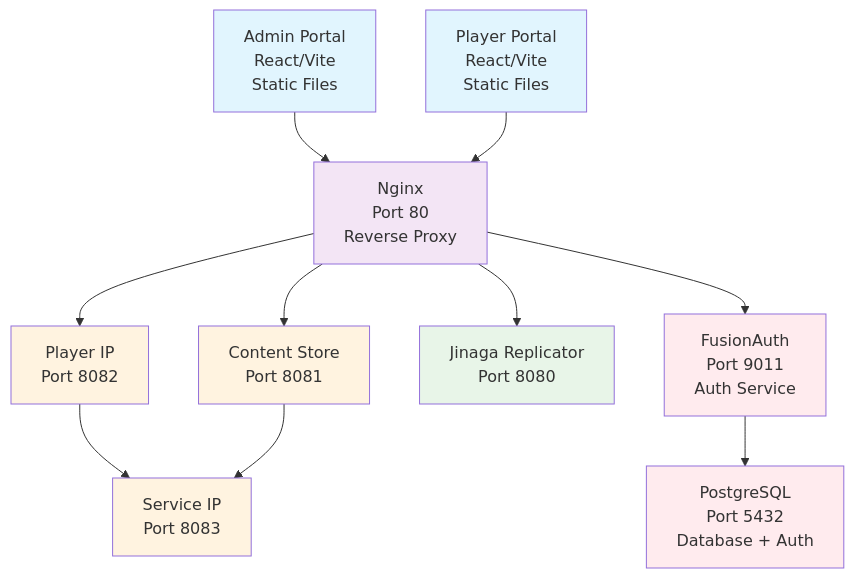
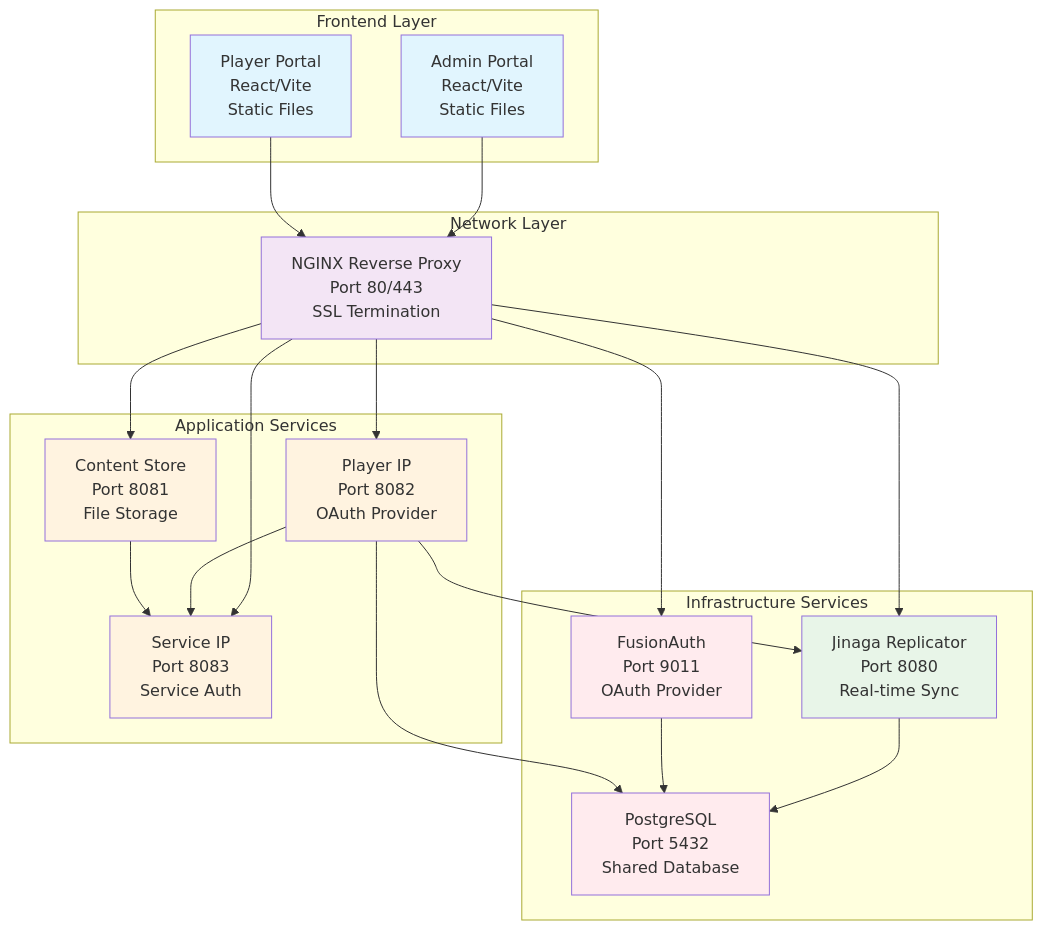
Before and after one commit to michaellperry/gamehub: the first of 2 diagrams in docs/getting-started/02-architecture-overview.md, drawn with Mermaid. The commit also changed other lines of this file and 6 other files, not shown here.

Commit message:
Document FusionAuth and replicator configuration

````diff
--- a/docs/getting-started/02-architecture-overview.md
+++ b/docs/getting-started/02-architecture-overview.md
@@ -38,26 +48,50 @@
 ```mermaid
 graph TD
-    A[Admin Portal<br/>React/Vite<br/>Static Files] --> C[Nginx<br/>Port 80<br/>Reverse Proxy]
-    B[Player Portal<br/>React/Vite<br/>Static Files] --> C
+    subgraph "Frontend Layer"
+        A[Admin Portal<br/>React/Vite<br/>Static Files]
+        B[Player Portal<br/>React/Vite<br/>Static Files]
+    end
     
-    C --> D[Player IP<br/>Port 8082]
-    C --> E[Content Store<br/>Port 8081]
+    subgraph "Network Layer"
+        C[NGINX Reverse Proxy<br/>Port 80/443<br/>SSL Termination]
+    end
     
-    D --> F[Service IP<br/>Port 8083]
+    subgraph "Application Services"
+        D[Player IP<br/>Port 8082<br/>OAuth Provider]
+        E[Content Store<br/>Port 8081<br/>File Storage]
+        F[Service IP<br/>Port 8083<br/>Service Auth]
+    end
+    
+    subgraph "Infrastructure Services"
+        G[Jinaga Replicator<br/>Port 8080<br/>Real-time Sync]
+        H[PostgreSQL<br/>Port 5432<br/>Shared Database]
+        I[FusionAuth<br/>Port 9011<br/>OAuth Provider]
+    end
+    
+    A --> C
+    B --> C
+    
+    C --> D
+    C --> E
+    C --> F
+    C --> G
+    C --> I
+    
+    D --> F
     E --> F
+    D --> G
     
-    C --> G[Jinaga Replicator<br/>Port 8080]
-    
-    C --> I[FusionAuth<br/>Port 9011<br/>Auth Service]
-    I --> H[PostgreSQL<br/>Port 5432<br/>Database + Auth]
+    G --> H
+    I --> H
+    D --> H
     
     style A fill:#e1f5fe
     style B fill:#e1f5fe
     style C fill:#f3e5f5
     style D fill:#fff3e0
     style E fill:#fff3e0
     style F fill:#fff3e0
     style G fill:#e8f5e8
     style H fill:#ffebee
     style I fill:#ffebee
 ```
````
